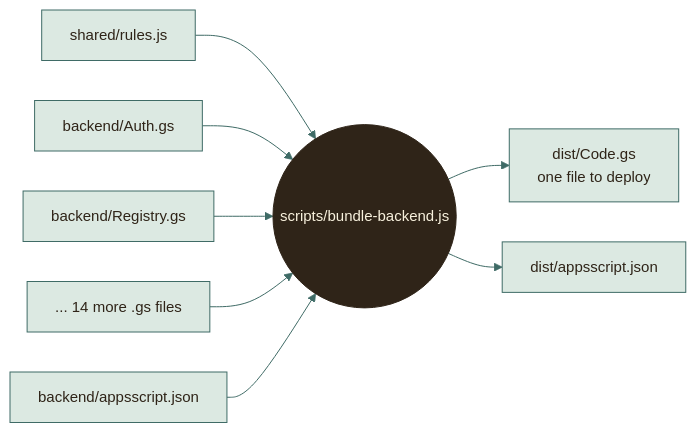
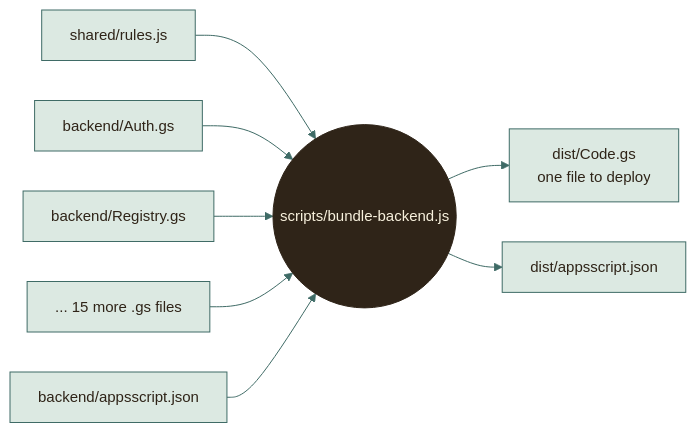
The fourth of 9 diagrams in docs/architecture/WORKAROUNDS.md (moyeh04/forms-platform), drawn with Mermaid before and after one commit. The commit also changed 18 other files, not shown here.

````diff
--- a/docs/architecture/WORKAROUNDS.md
+++ b/docs/architecture/WORKAROUNDS.md
@@ -234,40 +234,40 @@
 ```mermaid
 %%{init: {
   'theme': 'base',
   'themeVariables': {
     'fontFamily': 'ui-sans-serif, system-ui, -apple-system, Segoe UI, Roboto, sans-serif',
     'fontSize': '15px',
     'primaryColor': '#DCE9E2', 'primaryBorderColor': '#3F6B66', 'primaryTextColor': '#2F2418',
     'secondaryColor': '#F0E4C8', 'secondaryBorderColor': '#C9A24A', 'secondaryTextColor': '#2F2418',
     'tertiaryColor': '#F6EFDC', 'tertiaryBorderColor': '#CDBB94', 'tertiaryTextColor': '#2F2418',
     'lineColor': '#3F6B66', 'textColor': '#2F2418', 'mainBkg': '#DCE9E2', 'nodeBorder': '#3F6B66',
     'clusterBkg': '#F6EFDC', 'clusterBorder': '#CDBB94', 'titleColor': '#2F2418',
     'edgeLabelBackground': '#F8F1DD',
     'actorBkg': '#DCE9E2', 'actorBorder': '#3F6B66', 'actorTextColor': '#2F2418', 'actorLineColor': '#8FB3AB',
     'signalColor': '#477A73', 'signalTextColor': '#477A73',
     'labelBoxBkgColor': '#F0E4C8', 'labelBoxBorderColor': '#C9A24A', 'labelTextColor': '#2F2418', 'loopTextColor': '#6A5A44',
     'noteBkgColor': '#FBEFC9', 'noteBorderColor': '#C9A24A', 'noteTextColor': '#2F2418',
     'activationBkgColor': '#DCE9E2', 'activationBorderColor': '#3F6B66', 'sequenceNumberColor': '#F8F1DD',
     'transitionColor': '#3F6B66', 'stateLabelColor': '#2F2418', 'stateBkg': '#DCE9E2', 'altBackground': '#F6EFDC',
     'attributeBackgroundColorOdd': '#F8F1DD', 'attributeBackgroundColorEven': '#F0E4C8'
   },
   'flowchart': {'curve': 'basis', 'padding': 14, 'nodeSpacing': 40, 'rankSpacing': 46},
   'sequence': {'mirrorActors': false, 'messageMargin': 34, 'boxMargin': 8}
 }}%%
 flowchart LR
     r["shared/rules.js"] --> bundle
     b1["backend/Auth.gs"] --> bundle
     b2["backend/Registry.gs"] --> bundle
-    b3["... 14 more .gs files"] --> bundle
+    b3["... 15 more .gs files"] --> bundle
     bundle(("scripts/bundle-backend.js"))
     bundle --> out["dist/Code.gs<br/>one file to deploy"]
     manifest["backend/appsscript.json"] --> bundle
     bundle --> out2["dist/appsscript.json"]
     classDef cDb fill:#F3E2B3,stroke:#B8892D,stroke-width:1.5px,color:#2F2418
     classDef cActor fill:#F4D9D3,stroke:#9A3328,stroke-width:1.5px,color:#2F2418
     classDef cDec fill:#FBEFC9,stroke:#C9A24A,stroke-width:1.5px,color:#2F2418
     classDef cEnd fill:#2F2418,stroke:#2F2418,color:#F8F1DD
     classDef cErr fill:#F6D5CF,stroke:#A12B1F,stroke-width:1.5px,color:#5A140C
     classDef cOk fill:#BFD9CF,stroke:#2E5A55,stroke-width:1.5px,color:#17302D
     class bundle cEnd
 ```
````
